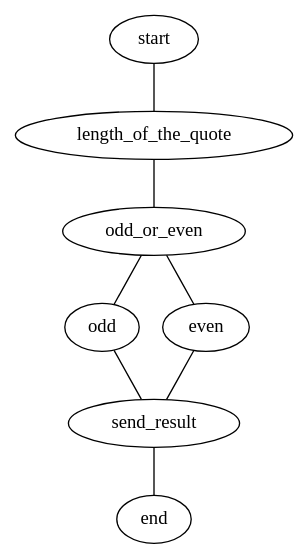
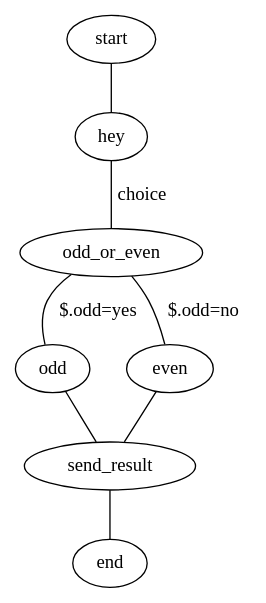
Before and after one commit to applegreengrape/serverless-ts-log: the diagram in day-03/step-functions.dot, drawn with Graphviz. The commit also changed 15 other files, not shown here.

```diff
--- a/day-03/step-functions.dot
+++ b/day-03/step-functions.dot
@@ -1,9 +1,9 @@
 graph {
-    start -- length_of_the_quote;
-    length_of_the_quote -- odd_or_even;
-    odd_or_even -- odd;
-    odd_or_even -- even;
+    start -- hey ;
+    hey -- odd_or_even [label="choice"];
+    odd_or_even -- odd [label="$.odd=yes"];
+    odd_or_even -- even [label="$.odd=no"];
     odd -- send_result;
     even -- send_result;
     send_result -- end;
 }
```
